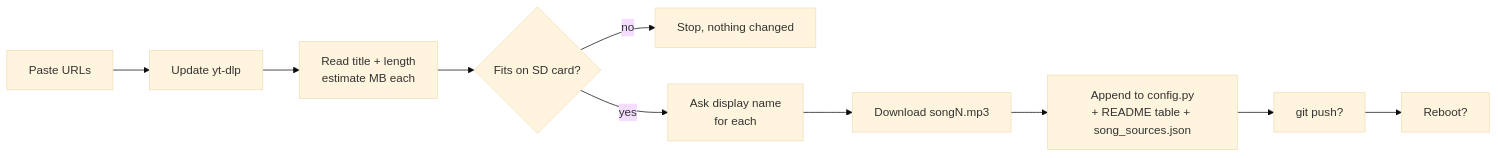
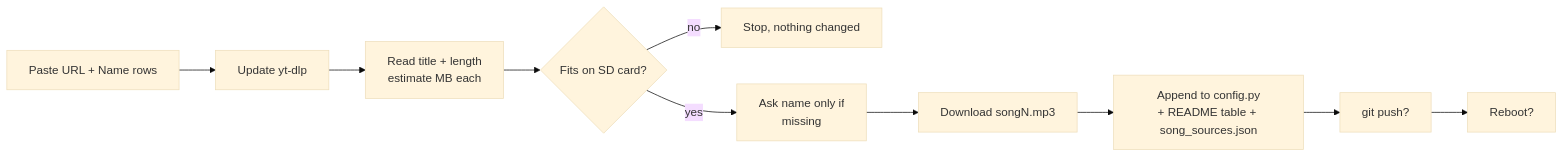
One commit to fgomecs/music-button-pi changed the third of 4 diagrams in README.md. Above: the diagram before and after it, drawn with Mermaid (base theme). The commit also changed other lines of this file and 1 other file, not shown here.

Commit message:
add_songs.py: paste URL + Name rows

````diff
--- a/README.md
+++ b/README.md
@@ -105,12 +105,12 @@
 ```mermaid
 flowchart LR
-    A[Paste URLs] --> B[Update yt-dlp]
+    A[Paste URL + Name rows] --> B[Update yt-dlp]
     B --> C[Read title + length<br/>estimate MB each]
     C --> D{Fits on SD card?}
     D -- no --> X[Stop, nothing changed]
-    D -- yes --> E[Ask display name<br/>for each]
+    D -- yes --> E[Ask name only if<br/>missing]
     E --> F[Download songN.mp3]
     F --> G[Append to config.py<br/>+ README table + song_sources.json]
     G --> H[git push?]
     H --> I[Reboot?]
 ```
````
